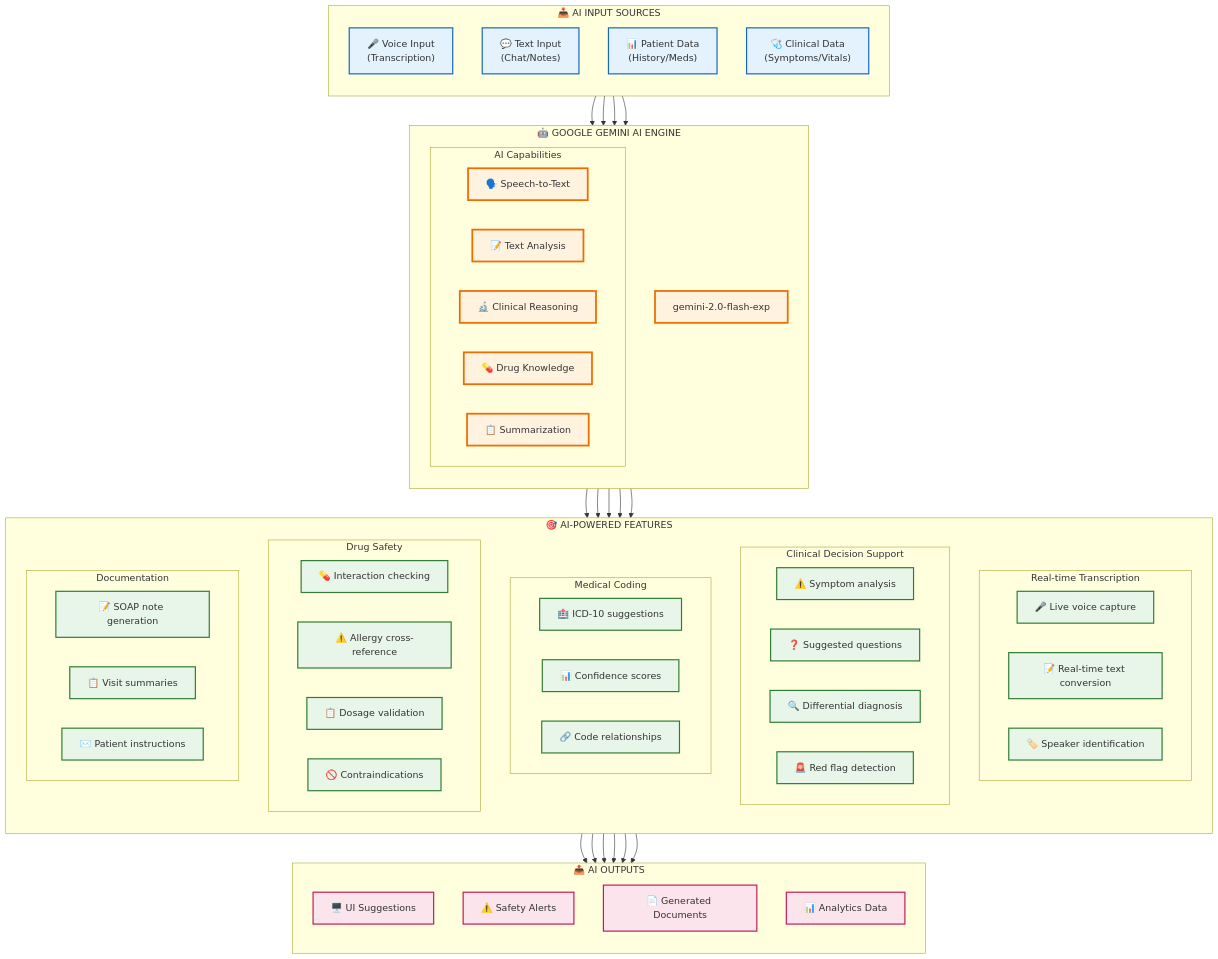
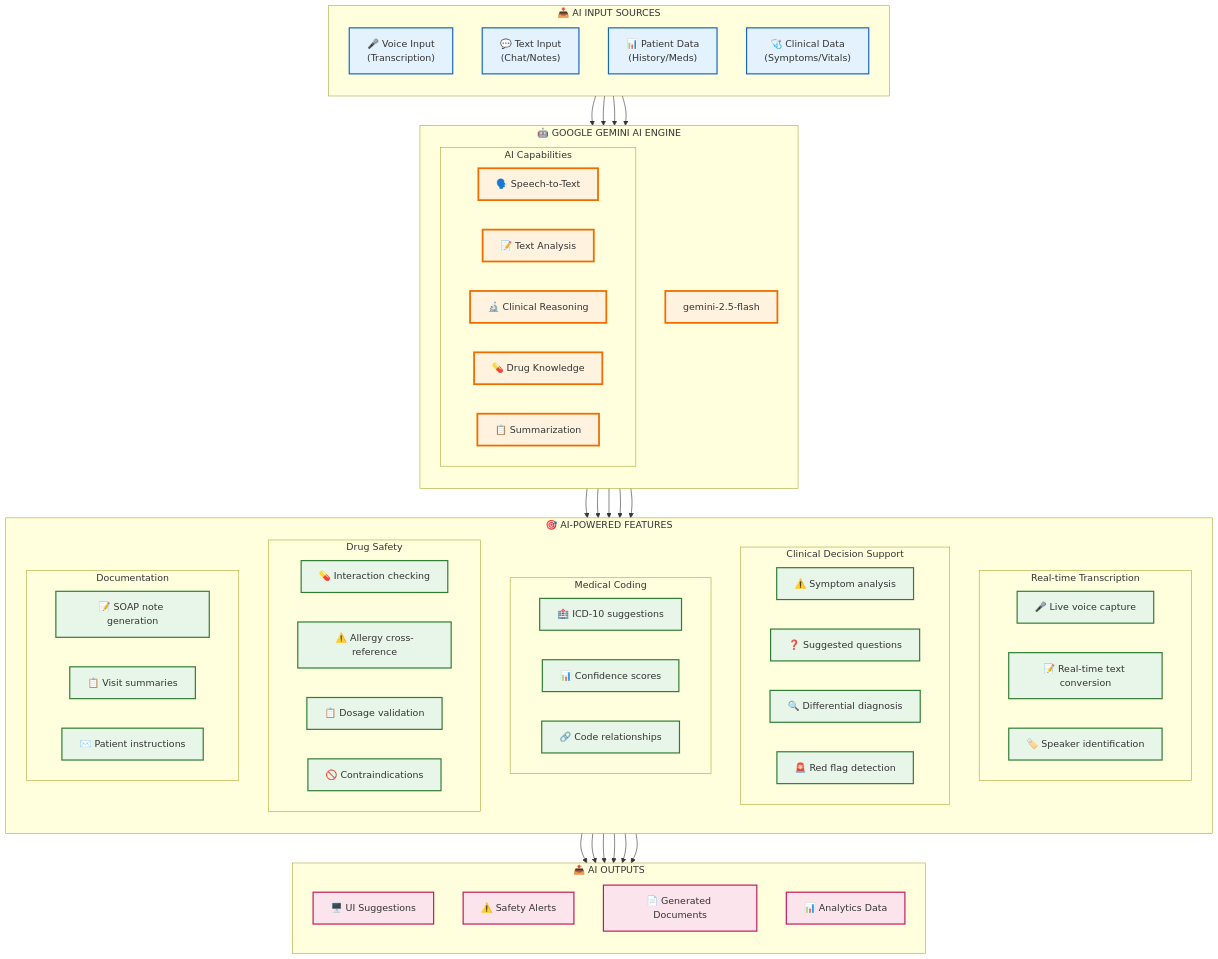
The diagram in Isara-doctor-portal/doc/overview/diagrams/ai-integration-flow.mermaid (chiraleo2000/Isara-Anywhere), drawn with Mermaid before and after one commit. The commit also changed 3303 other files, not shown here.

```diff
--- a/Isara-doctor-portal/doc/overview/diagrams/ai-integration-flow.mermaid
+++ b/Isara-doctor-portal/doc/overview/diagrams/ai-integration-flow.mermaid
@@ -1,98 +1,98 @@
 %% Izara Doctor Portal - AI Integration Flow v2.0
 %% Shows all AI-powered features and their interactions
 
 flowchart TB
     subgraph Input["📥 AI INPUT SOURCES"]
         direction TB
         I1["🎤 Voice Input<br/>(Transcription)"]
         I2["💬 Text Input<br/>(Chat/Notes)"]
         I3["📊 Patient Data<br/>(History/Meds)"]
         I4["🩺 Clinical Data<br/>(Symptoms/Vitals)"]
     end
     
     subgraph GeminiAI["🤖 GOOGLE GEMINI AI ENGINE"]
         direction TB
-        G1["gemini-2.0-flash-exp"]
+        G1["gemini-2.5-flash"]
         
         subgraph Capabilities["AI Capabilities"]
             C1["🗣️ Speech-to-Text"]
             C2["📝 Text Analysis"]
             C3["🔬 Clinical Reasoning"]
             C4["💊 Drug Knowledge"]
             C5["📋 Summarization"]
         end
     end
     
     subgraph Features["🎯 AI-POWERED FEATURES"]
         direction TB
         
         subgraph Transcription["Real-time Transcription"]
             T1["🎤 Live voice capture"]
             T2["📝 Real-time text conversion"]
             T3["🏷️ Speaker identification"]
         end
         
         subgraph ClinicalSupport["Clinical Decision Support"]
             CS1["⚠️ Symptom analysis"]
             CS2["❓ Suggested questions"]
             CS3["🔍 Differential diagnosis"]
             CS4["🚨 Red flag detection"]
         end
         
         subgraph Coding["Medical Coding"]
             MC1["🏥 ICD-10 suggestions"]
             MC2["📊 Confidence scores"]
             MC3["🔗 Code relationships"]
         end
         
         subgraph DrugSafety["Drug Safety"]
             DS1["💊 Interaction checking"]
             DS2["⚠️ Allergy cross-reference"]
             DS3["📋 Dosage validation"]
             DS4["🚫 Contraindications"]
         end
         
         subgraph Documentation["Documentation"]
             D1["📝 SOAP note generation"]
             D2["📋 Visit summaries"]
             D3["✉️ Patient instructions"]
         end
     end
     
     subgraph Output["📤 AI OUTPUTS"]
         direction TB
         O1["🖥️ UI Suggestions"]
         O2["⚠️ Safety Alerts"]
         O3["📄 Generated Documents"]
         O4["📊 Analytics Data"]
     end
     
     %% Connections
     I1 --> G1
     I2 --> G1
     I3 --> G1
     I4 --> G1
     
     G1 --> Transcription
     G1 --> ClinicalSupport
     G1 --> Coding
     G1 --> DrugSafety
     G1 --> Documentation
     
     Transcription --> O1
     ClinicalSupport --> O1
     ClinicalSupport --> O2
     Coding --> O1
     DrugSafety --> O2
     Documentation --> O3
     
     %% Styling
     classDef input fill:#e3f2fd,stroke:#1565c0,stroke-width:2px
     classDef ai fill:#fff3e0,stroke:#ef6c00,stroke-width:3px
     classDef feature fill:#e8f5e9,stroke:#2e7d32,stroke-width:2px
     classDef output fill:#fce4ec,stroke:#c2185b,stroke-width:2px
     
     class I1,I2,I3,I4 input
     class G1,C1,C2,C3,C4,C5 ai
     class T1,T2,T3,CS1,CS2,CS3,CS4,MC1,MC2,MC3,DS1,DS2,DS3,DS4,D1,D2,D3 feature
     class O1,O2,O3,O4 output
```
